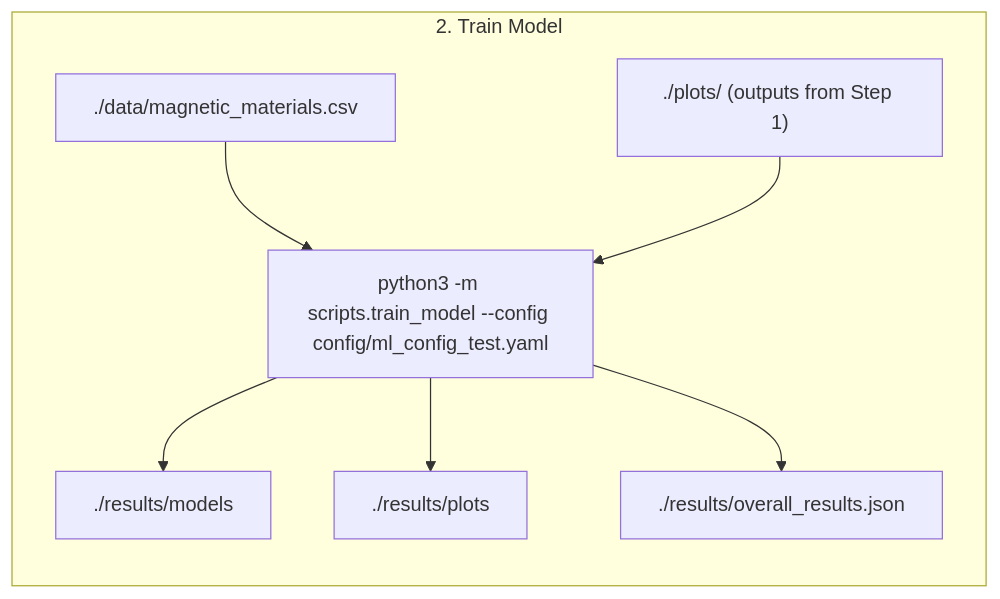
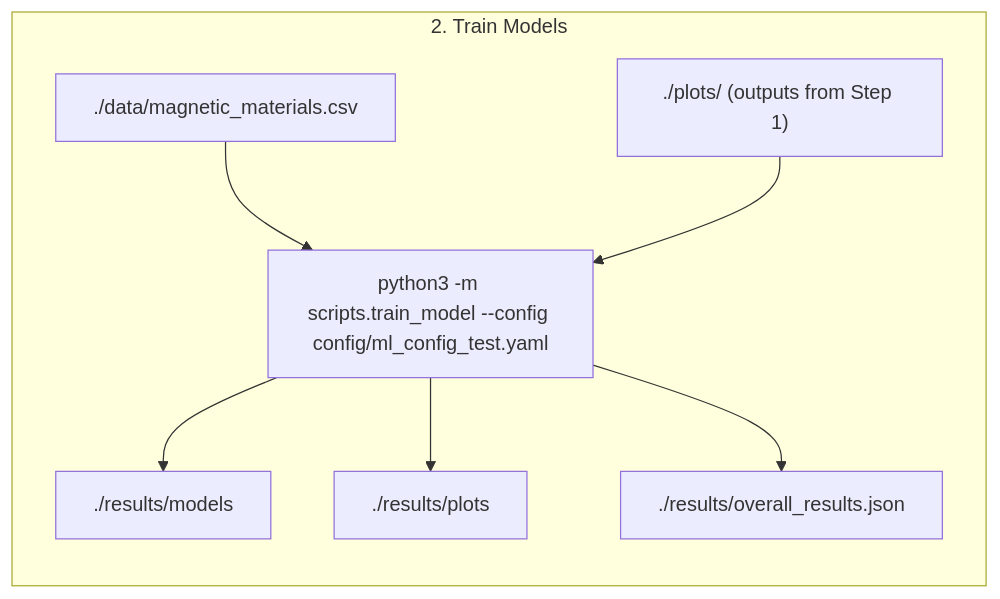
The second of 3 diagrams in beyond-stoner-wohlfarth/single-grain-multi-angle-model/README.md (MaMMoS-project/ML-models), drawn with Mermaid before and after one commit. The commit also changed other lines of this file, not shown here.

Commit message:
test flow chart multi-angle model

````diff
--- a/beyond-stoner-wohlfarth/single-grain-multi-angle-model/README.md
+++ b/beyond-stoner-wohlfarth/single-grain-multi-angle-model/README.md
@@ -51,17 +51,17 @@
 ```mermaid
 flowchart LR
 
-    subgraph cluster_1["2. Train Model"]
+    subgraph cluster_1["2. Train Models"]
         direction TB
 
         A1["./data/magnetic_materials.csv"]
         A2["./plots/ (outputs from Step 1)"]
 
         A1 --> B1["python3 -m scripts.train_model --config config/ml_config_test.yaml"]
         A2 --> B1
 
         B1 --> O1["./results/models"]
         B1 --> O2["./results/plots"]
         B1 --> O3["./results/overall_results.json"]
     end
 ```
````
